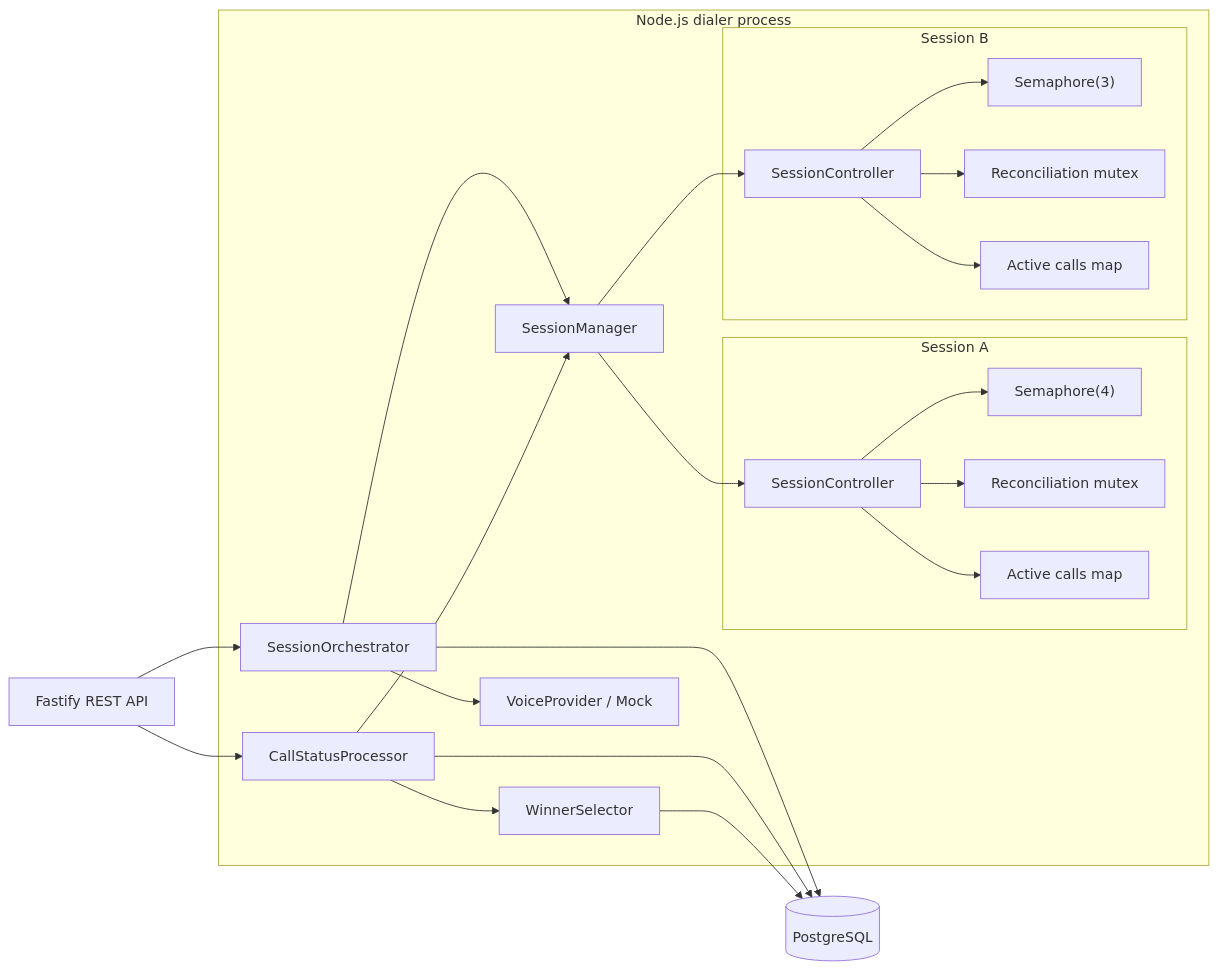
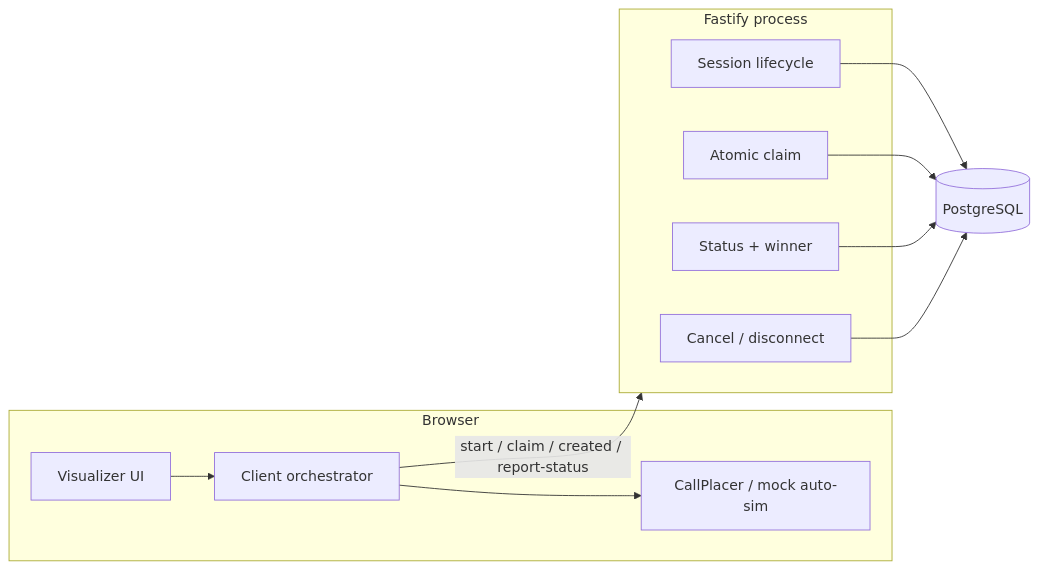
One commit to daniel-citrus/concurrent-outbound-dialer changed the first of 9 diagrams in docs/ARCHITECTURE.md. Above: the diagram before and after it, drawn with Mermaid. The commit also changed other lines of this file and 30 other files, not shown here.

First line of the commit message:
Move dialing orchestration into the Svelte client and thin the Fastify API to a durable system of record.

````diff
--- a/docs/ARCHITECTURE.md
+++ b/docs/ARCHITECTURE.md
@@ -7,46 +100,22 @@
 ```mermaid
 flowchart LR
-  API[Fastify REST API]
+  subgraph browser [Browser]
+    UI[Visualizer UI]
+    Orch[Client orchestrator]
+    Place[CallPlacer / mock auto-sim]
+    UI --> Orch
+    Orch --> Place
+  end
+  subgraph api [Fastify process]
+    Life[Session lifecycle]
+    Claim[Atomic claim]
+    Status[Status + winner]
+    Cancel[Cancel / disconnect]
+  end
   PG[(PostgreSQL)]
-
-  subgraph Process["Node.js dialer process"]
-    SM[SessionManager]
-    Orch[SessionOrchestrator]
-    CSP[CallStatusProcessor]
-    WS[WinnerSelector]
-    VP[VoiceProvider / Mock]
-
-    subgraph SA["Session A"]
-      CtrlA[SessionController]
-      SemA["Semaphore(4)"]
-      MuxA[Reconciliation mutex]
-      CallsA[Active calls map]
-      CtrlA --> SemA
-      CtrlA --> MuxA
-      CtrlA --> CallsA
-    end
-
-    subgraph SB["Session B"]
-      CtrlB[SessionController]
-      SemB["Semaphore(3)"]
-      MuxB[Reconciliation mutex]
-      CallsB[Active calls map]
-      CtrlB --> SemB
-      CtrlB --> MuxB
-      CtrlB --> CallsB
-    end
-
-    SM --> CtrlA
-    SM --> CtrlB
-    Orch --> SM
-    Orch --> VP
-    CSP --> SM
-    CSP --> WS
-  end
-
-  API --> Orch
-  API --> CSP
-  Orch --> PG
-  CSP --> PG
-  WS --> PG
+  Orch -->|start / claim / created / report-status| api
+  Life --> PG
+  Claim --> PG
+  Status --> PG
+  Cancel --> PG
 ```
````
